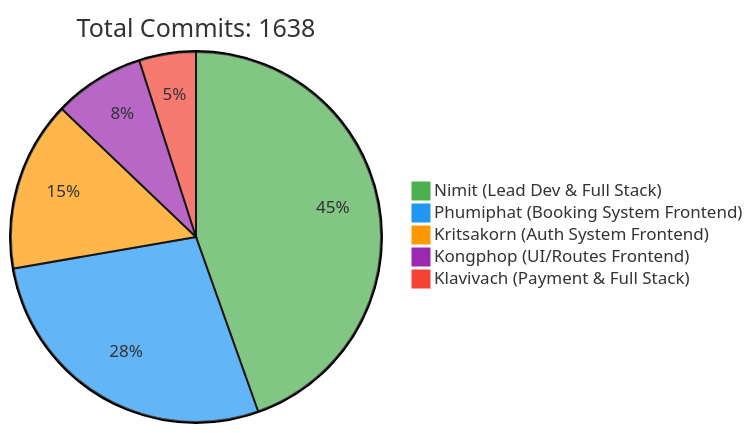
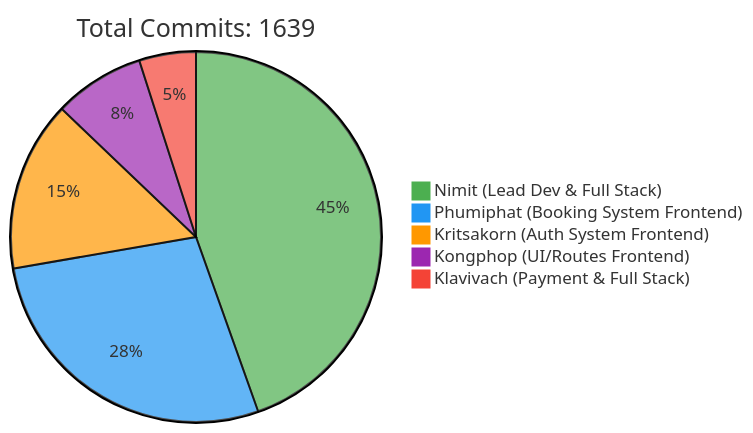
Before and after one commit to 6531503042/Sport-Complex: the first of 2 diagrams in README.md, drawn with Mermaid. The commit also changed other lines of this file, not shown here.

Commit message:
docs: Update contributor statistics [skip ci]

````diff
--- a/README.md
+++ b/README.md
@@ -257,10 +257,10 @@
 ```mermaid
 %%{init: {'theme': 'base', 'themeVariables': { 'pie1': '#4CAF50', 'pie2': '#2196F3', 'pie3': '#FF9800', 'pie4': '#9C27B0', 'pie5': '#F44336'}}}%%
 pie
-    title Total Commits: 1638
+    title Total Commits: 1639
     "Nimit (Lead Dev & Full Stack)" : 450
     "Phumiphat (Booking System Frontend)" : 280
     "Kritsakorn (Auth System Frontend)" : 150
     "Kongphop (UI/Routes Frontend)" : 80
     "Klavivach (Payment & Full Stack)" : 50
 ```
````
